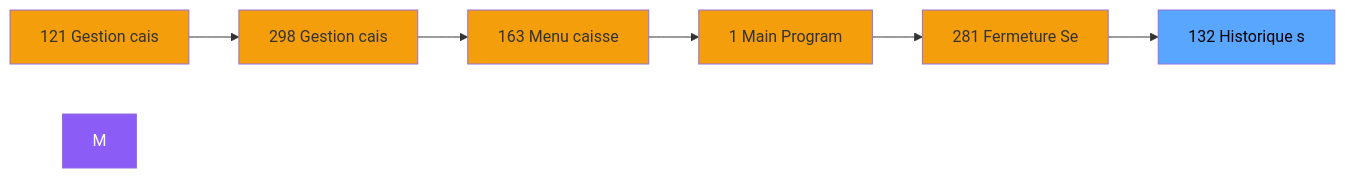
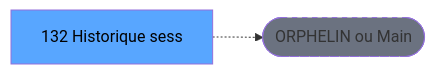
Before and after one commit to thonyAGP/lecteur-magic: the second of 3 diagrams in .openspec/renders/ADH-IDE-132.md, drawn with Mermaid. The commit also changed other lines of this file and 701 other files, not shown here.

````diff
--- a/.openspec/renders/ADH-IDE-132.md
+++ b/.openspec/renders/ADH-IDE-132.md
@@ -108,21 +120,8 @@
 ```mermaid
 graph LR
-    N121[121 Gestion cais]
-    N298[298 Gestion cais]
-    N163[163 Menu caisse ]
-    N1[1 Main Program]
-    N281[281 Fermeture Se]
-    T[132 Historique s]
-    N121 --> N298
-    N298 --> N163
-    N163 --> N1
-    N1 --> N281
-    N281 --> T
-    style M fill:#8b5cf6,color:#fff
-    style N121 fill:#f59e0b
-    style N298 fill:#f59e0b
-    style N163 fill:#f59e0b
-    style N1 fill:#f59e0b
-    style N281 fill:#f59e0b
+    T[132 Historique sess]
+    ORPHAN([ORPHELIN ou Main])
+    T -.-> ORPHAN
     style T fill:#58a6ff,color:#000
+    style ORPHAN fill:#6b7280,stroke-dasharray: 5 5
 ```
````
